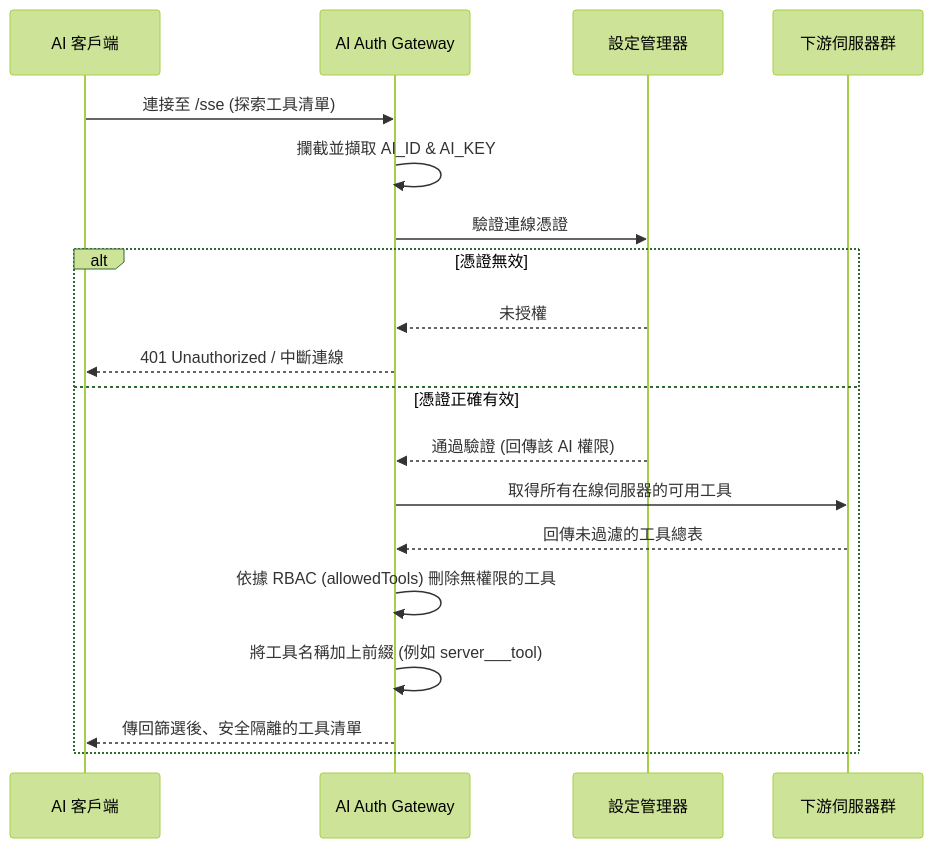
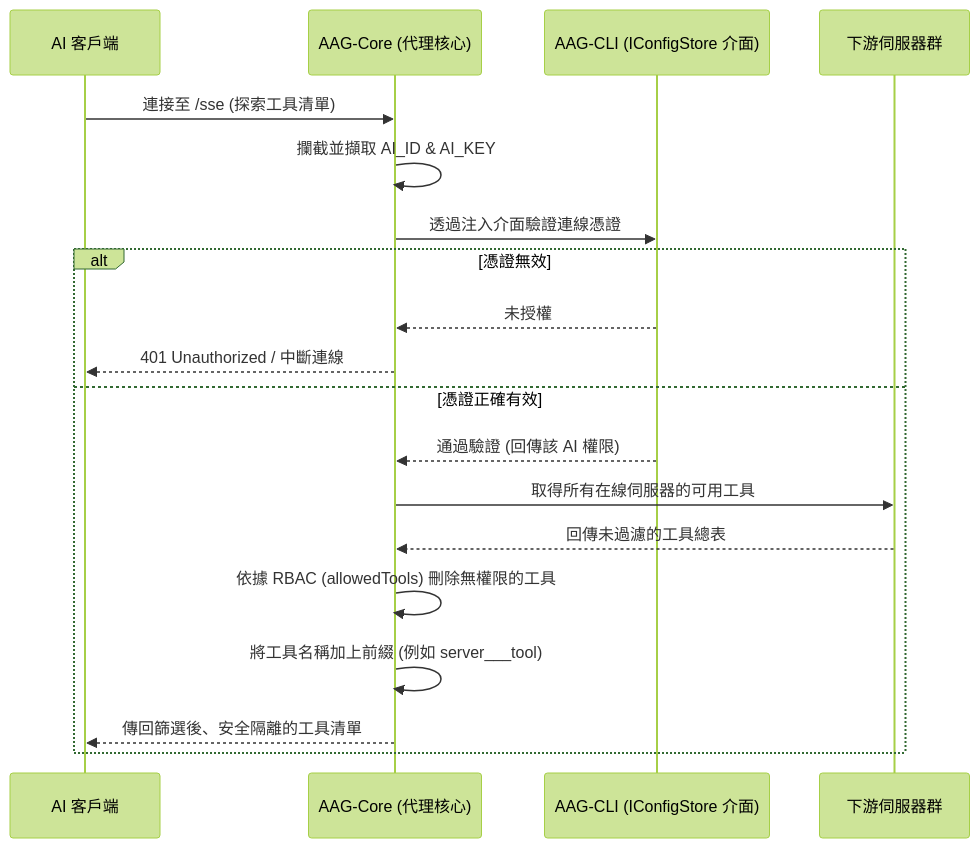
One commit to Cyber-Sec-Space/ai-auth-gateway changed the second of 3 diagrams in ARCHITECTURE_ZH.md. Above: the diagram before and after it, drawn with Mermaid (forest theme). The commit also changed other lines of this file and 25 other files, not shown here.

Commit message:
chore(core): completely modularize AAG-Core into NPM workspace with dependency injection and update docs

````diff
--- a/ARCHITECTURE_ZH.md
+++ b/ARCHITECTURE_ZH.md
@@ -81,22 +82,22 @@
 ```mermaid
 sequenceDiagram
     participant AI as AI 客戶端
-    participant GW as AI Auth Gateway
-    participant CFG as 設定管理器
+    participant Core as AAG-Core (代理核心)
+    participant CFG as AAG-CLI (IConfigStore 介面)
     participant MCP as 下游伺服器群
 
-    AI->>GW: 連接至 /sse (探索工具清單)
-    GW->>GW: 攔截並擷取 AI_ID & AI_KEY
-    GW->>CFG: 驗證連線憑證
+    AI->>Core: 連接至 /sse (探索工具清單)
+    Core->>Core: 攔截並擷取 AI_ID & AI_KEY
+    Core->>CFG: 透過注入介面驗證連線憑證
     alt 憑證無效
-        CFG-->>GW: 未授權
-        GW-->>AI: 401 Unauthorized / 中斷連線
+        CFG-->>Core: 未授權
+        Core-->>AI: 401 Unauthorized / 中斷連線
     else 憑證正確有效
-        CFG-->>GW: 通過驗證 (回傳該 AI 權限)
-        GW->>MCP: 取得所有在線伺服器的可用工具
-        MCP-->>GW: 回傳未過濾的工具總表
-        GW->>GW: 依據 RBAC (allowedTools) 刪除無權限的工具
-        GW->>GW: 將工具名稱加上前綴 (例如 server___tool)
-        GW-->>AI: 傳回篩選後、安全隔離的工具清單
+        CFG-->>Core: 通過驗證 (回傳該 AI 權限)
+        Core->>MCP: 取得所有在線伺服器的可用工具
+        MCP-->>Core: 回傳未過濾的工具總表
+        Core->>Core: 依據 RBAC (allowedTools) 刪除無權限的工具
+        Core->>Core: 將工具名稱加上前綴 (例如 server___tool)
+        Core-->>AI: 傳回篩選後、安全隔離的工具清單
     end
 ```
````
